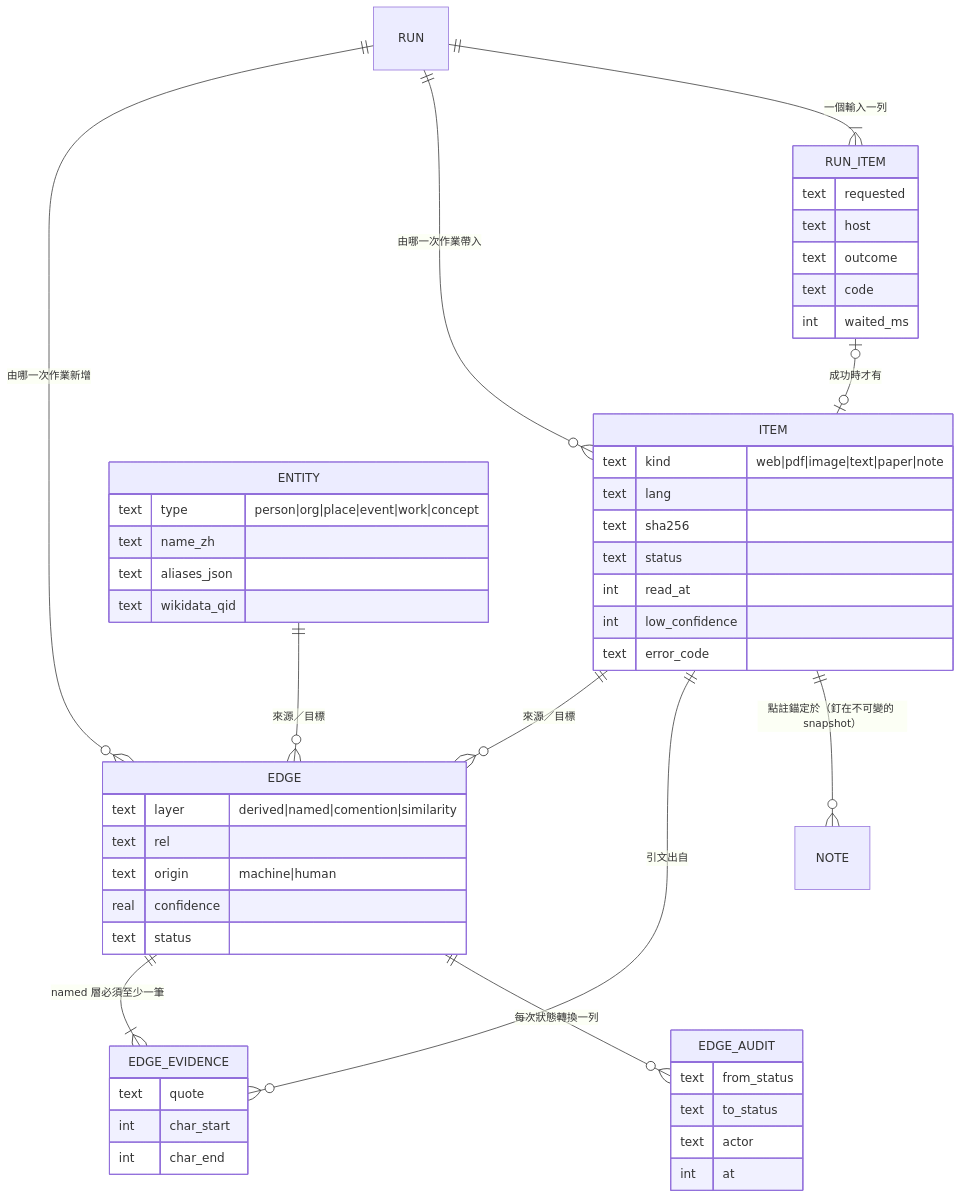
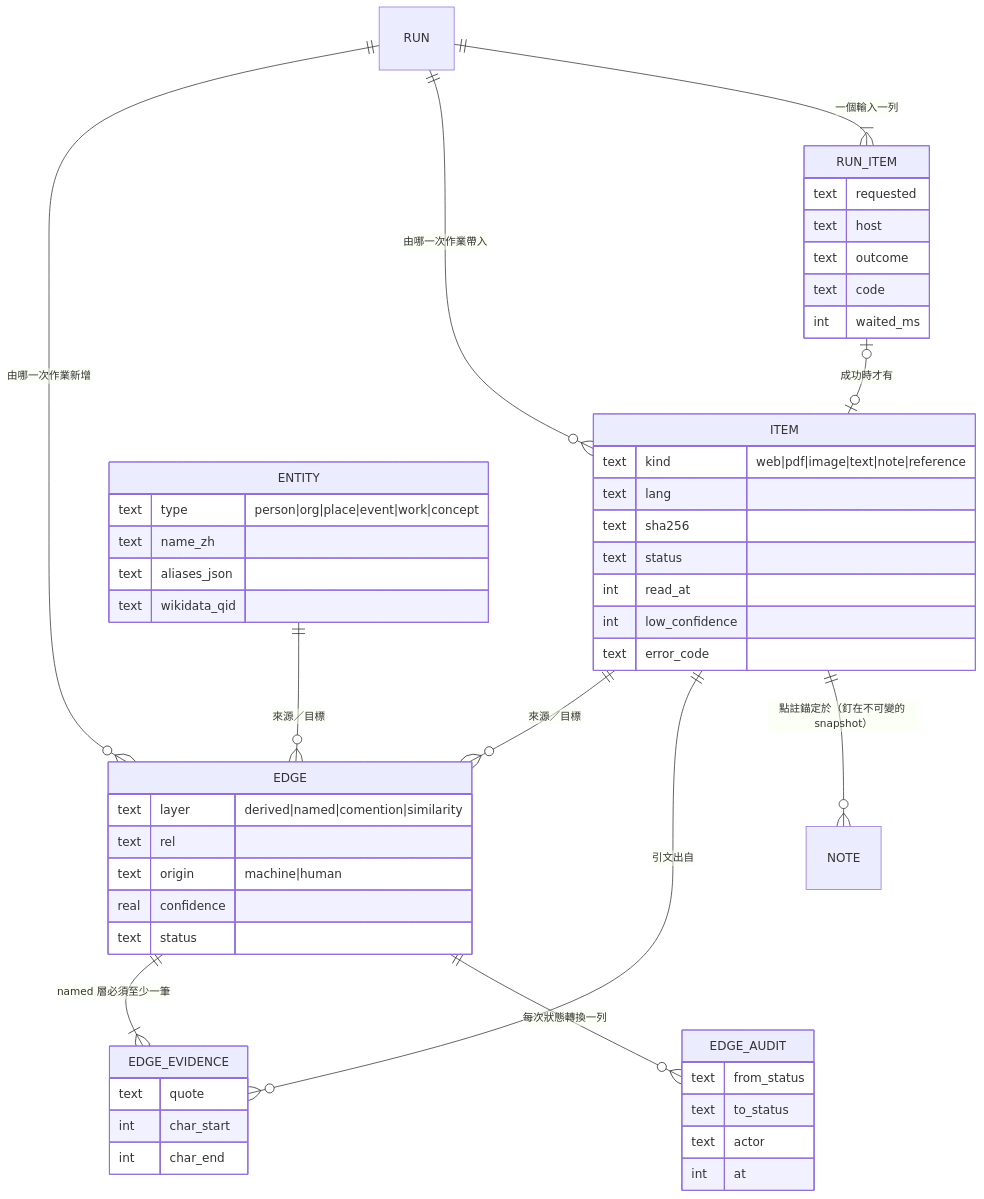
The diagram in docs/architecture/data-model.md (SpringRain555/cyclosa), drawn with Mermaid before and after one commit. The commit also changed other lines of this file and 16 other files, not shown here.

````diff
--- a/docs/architecture/data-model.md
+++ b/docs/architecture/data-model.md
@@ -61,20 +67,20 @@
 ```mermaid
 erDiagram
   ITEM ||--o{ EDGE : "來源／目標"
   ENTITY ||--o{ EDGE : "來源／目標"
   EDGE ||--|{ EDGE_EVIDENCE : "named 層必須至少一筆"
   EDGE ||--o{ EDGE_AUDIT : "每次狀態轉換一列"
   ITEM ||--o{ EDGE_EVIDENCE : "引文出自"
   ITEM ||--o{ NOTE : "點註錨定於（釘在不可變的 snapshot）"
   RUN ||--o{ EDGE : "由哪一次作業新增"
   RUN ||--o{ ITEM : "由哪一次作業帶入"
   RUN ||--|{ RUN_ITEM : "一個輸入一列"
   RUN_ITEM |o--o| ITEM : "成功時才有"
 
-  ITEM { text kind "web|pdf|image|text|paper|note" text lang text sha256 text status int read_at int low_confidence text error_code }
+  ITEM { text kind "web|pdf|image|text|note|reference" text lang text sha256 text status int read_at int low_confidence text error_code }
   RUN_ITEM { text requested text host text outcome text code int waited_ms }
   ENTITY { text type "person|org|place|event|work|concept" text name_zh text aliases_json text wikidata_qid }
   EDGE { text layer "derived|named|comention|similarity" text rel text origin "machine|human" real confidence text status }
   EDGE_EVIDENCE { text quote int char_start int char_end }
   EDGE_AUDIT { text from_status text to_status text actor int at }
 ```
````
